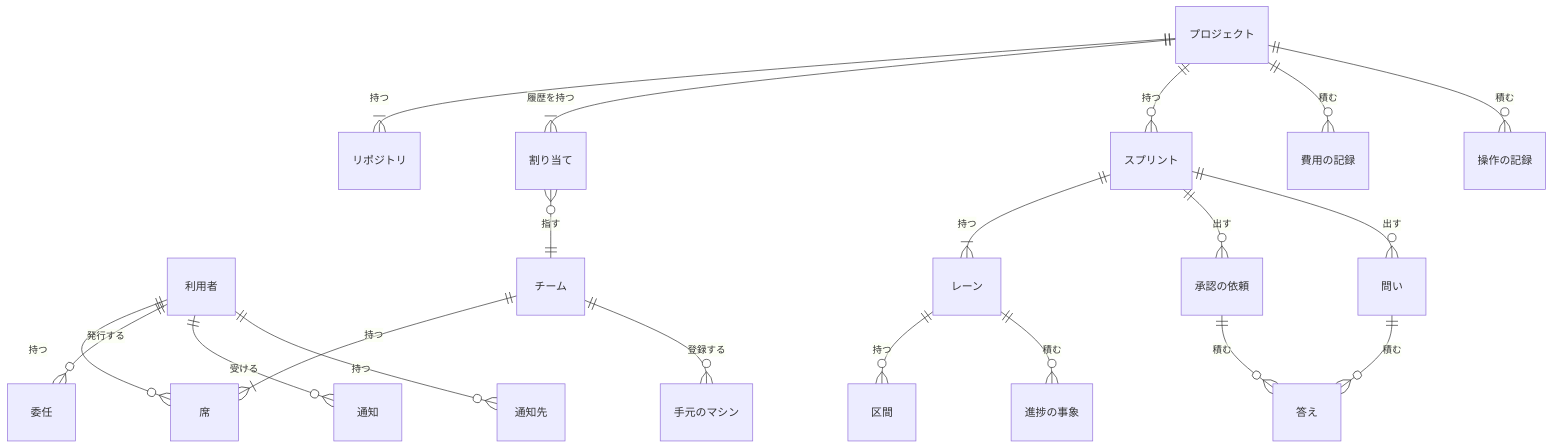
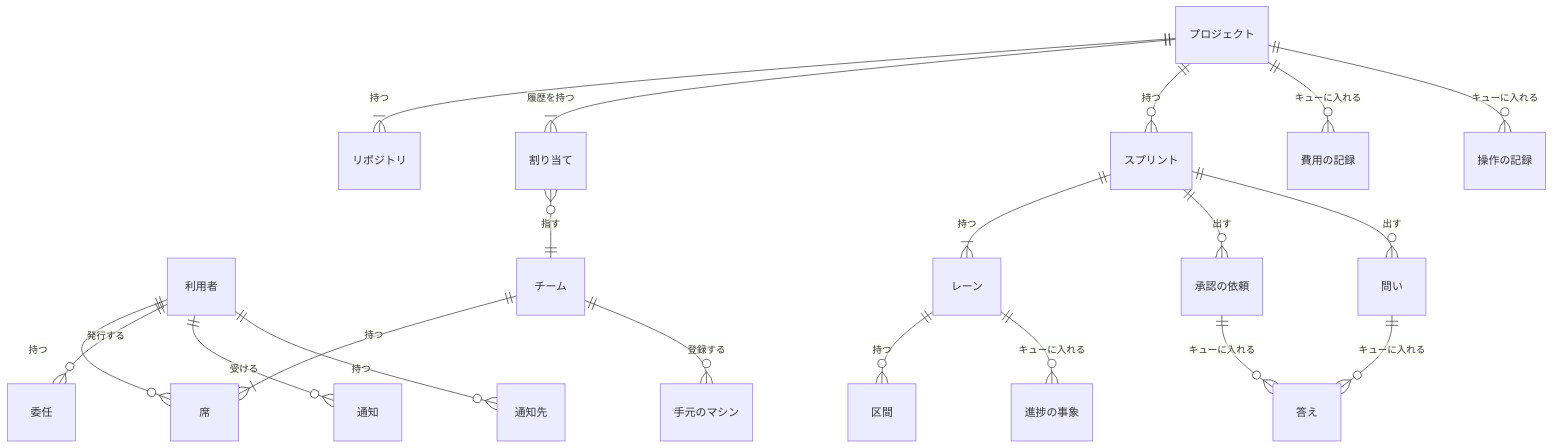
One commit to devbasex/nd-factory changed the first of 2 diagrams in docs/design/data.md. Above: the diagram before and after it, drawn with Mermaid. The commit also changed other lines of this file and 16 other files, not shown here.

First line of the commit message:
Docs: 設計書を通読し、エンジニアが使わない造語・直訳（道具・地図・頭書き・失敗のアイテムなど）を書き換える（利用者の指示）

````diff
--- a/docs/design/data.md
+++ b/docs/design/data.md
@@ -35,41 +35,41 @@
 ```mermaid
 erDiagram
     User["利用者"]
     Seat["席"]
     Team["チーム"]
     Delegation["委任"]
     Machine["手元のマシン"]
     Project["プロジェクト"]
     Repository["リポジトリ"]
     Assignment["割り当て"]
     Sprint["スプリント"]
     Lane["レーン"]
     Segment["区間"]
     ProgressEvent["進捗の事象"]
     Approval["承認の依頼"]
     Question["問い"]
     Answer["答え"]
     Notice["通知"]
     Destination["通知先"]
     CostRecord["費用の記録"]
     AuditRecord["操作の記録"]
     User ||--o{ Seat : "持つ"
     Team ||--|{ Seat : "持つ"
     User ||--o{ Delegation : "発行する"
     Team ||--o{ Machine : "登録する"
     Project ||--|{ Repository : "持つ"
     Project ||--|{ Assignment : "履歴を持つ"
     Assignment }o--|| Team : "指す"
     Project ||--o{ Sprint : "持つ"
     Sprint ||--|{ Lane : "持つ"
     Lane ||--o{ Segment : "持つ"
-    Lane ||--o{ ProgressEvent : "積む"
+    Lane ||--o{ ProgressEvent : "キューに入れる"
     Sprint ||--o{ Approval : "出す"
     Sprint ||--o{ Question : "出す"
-    Approval ||--o{ Answer : "積む"
-    Question ||--o{ Answer : "積む"
+    Approval ||--o{ Answer : "キューに入れる"
+    Question ||--o{ Answer : "キューに入れる"
     User ||--o{ Notice : "受ける"
     User ||--o{ Destination : "持つ"
-    Project ||--o{ CostRecord : "積む"
-    Project ||--o{ AuditRecord : "積む"
+    Project ||--o{ CostRecord : "キューに入れる"
+    Project ||--o{ AuditRecord : "キューに入れる"
 ```
````
